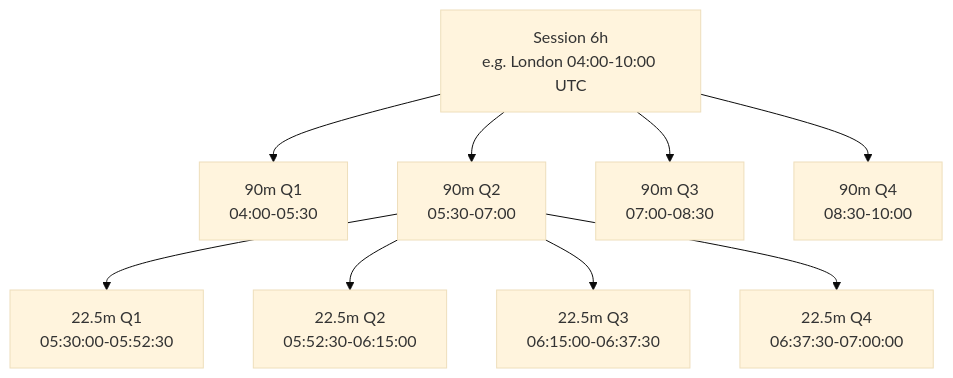
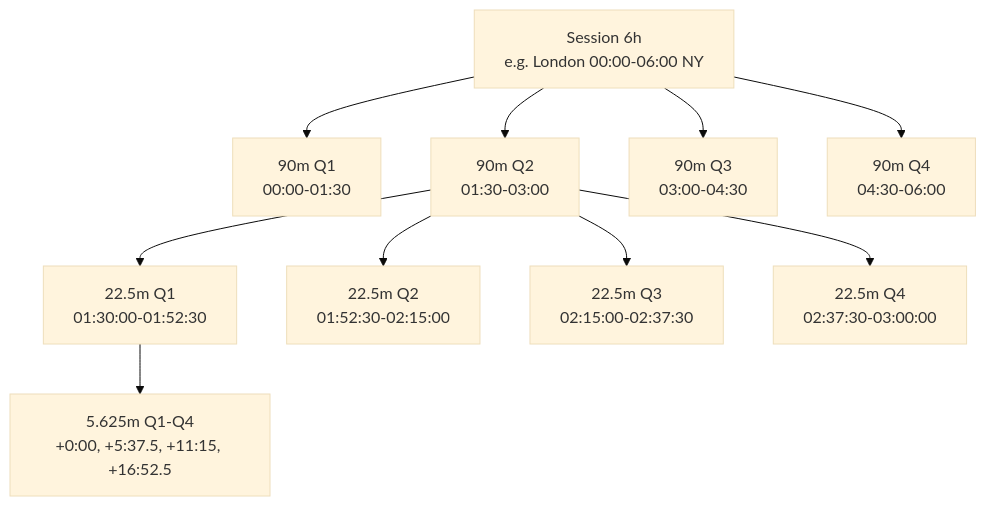
The second of 3 diagrams in documents/implementation_strategy/02_time_model.md (parvanescu/ict-backtest-engine), drawn with Mermaid (base theme) before and after one commit. The commit also changed other lines of this file and 551 other files, not shown here.

````diff
--- a/documents/implementation_strategy/02_time_model.md
+++ b/documents/implementation_strategy/02_time_model.md
@@ -48,11 +54,12 @@
 ```mermaid
 flowchart TD
-    S["Session 6h<br/>e.g. London 04:00-10:00 UTC"] --> A["90m Q1<br/>04:00-05:30"]
-    S --> B["90m Q2<br/>05:30-07:00"]
-    S --> C["90m Q3<br/>07:00-08:30"]
-    S --> D["90m Q4<br/>08:30-10:00"]
-    B --> B1["22.5m Q1<br/>05:30:00-05:52:30"]
-    B --> B2["22.5m Q2<br/>05:52:30-06:15:00"]
-    B --> B3["22.5m Q3<br/>06:15:00-06:37:30"]
-    B --> B4["22.5m Q4<br/>06:37:30-07:00:00"]
+    S["Session 6h<br/>e.g. London 00:00-06:00 NY"] --> A["90m Q1<br/>00:00-01:30"]
+    S --> B["90m Q2<br/>01:30-03:00"]
+    S --> C["90m Q3<br/>03:00-04:30"]
+    S --> D["90m Q4<br/>04:30-06:00"]
+    B --> B1["22.5m Q1<br/>01:30:00-01:52:30"]
+    B --> B2["22.5m Q2<br/>01:52:30-02:15:00"]
+    B --> B3["22.5m Q3<br/>02:15:00-02:37:30"]
+    B --> B4["22.5m Q4<br/>02:37:30-03:00:00"]
+    B1 --> C1["5.625m Q1-Q4<br/>+0:00, +5:37.5, +11:15, +16:52.5"]
 ```
````
